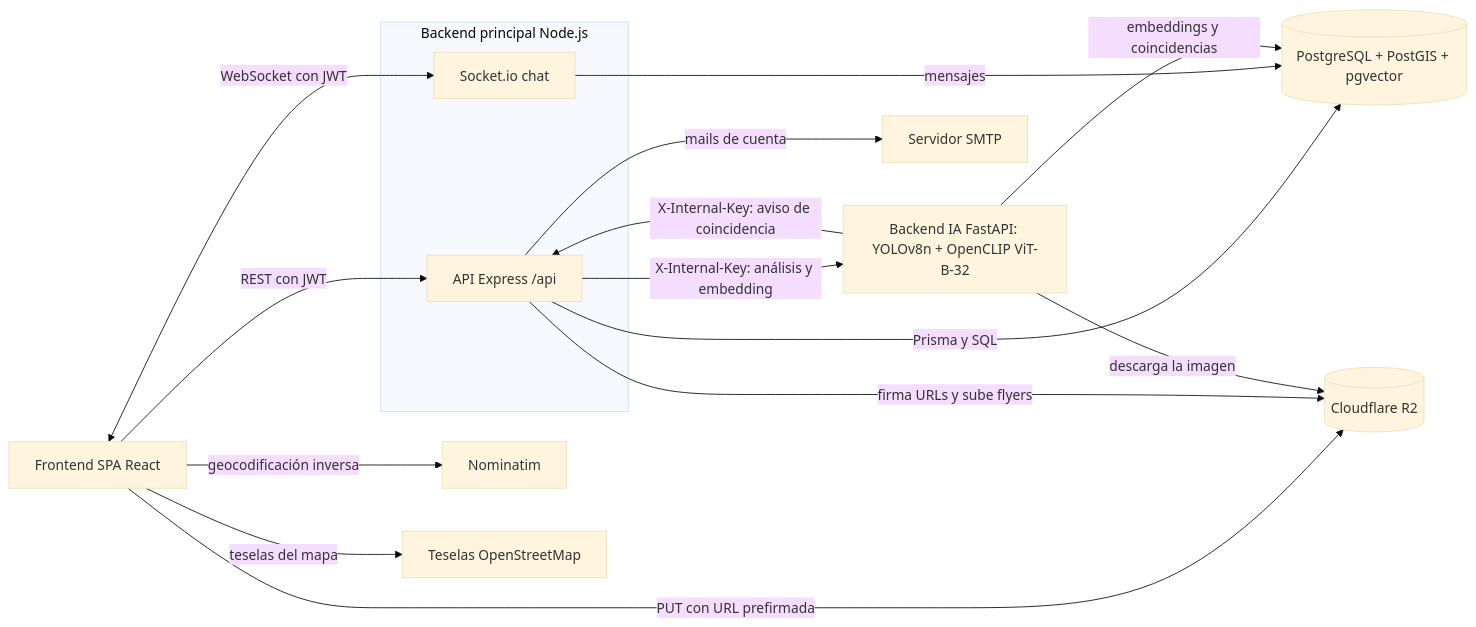
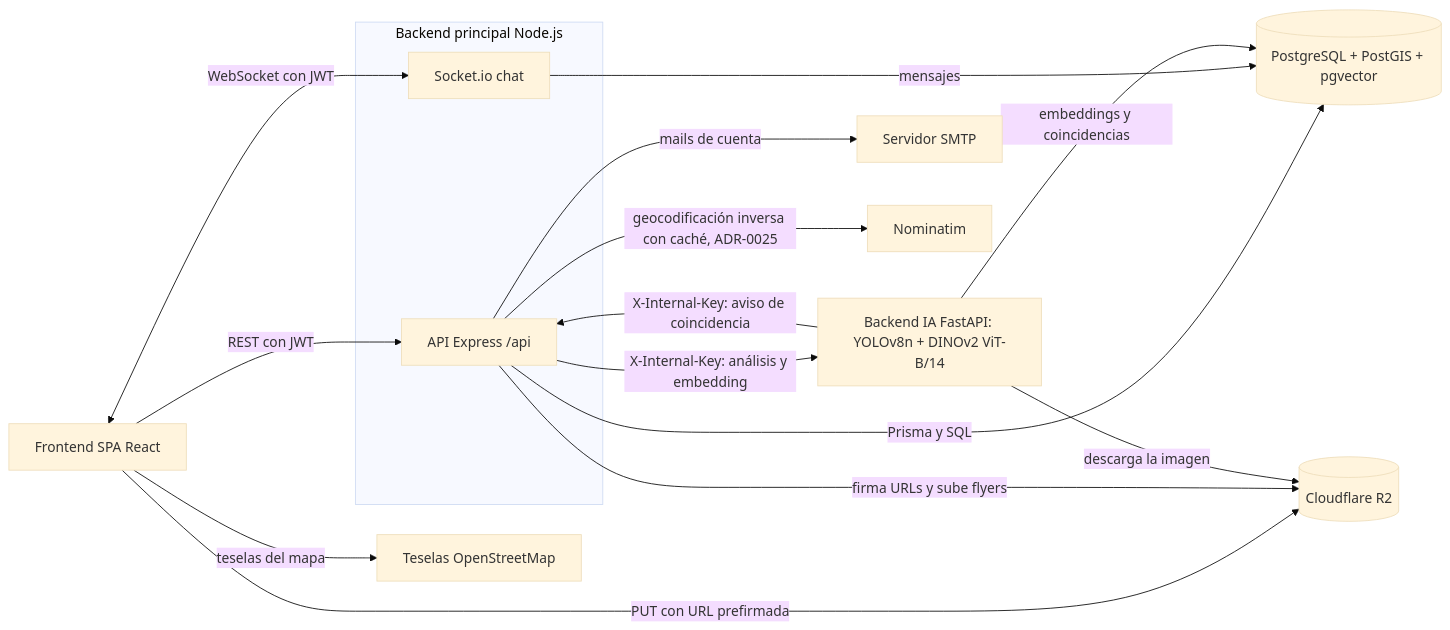
One commit to ISI-ProyectoFinal-2026/Grupo1 changed the first of 7 diagrams in docs/informe/1-2-2-2-historias-y-flujos.md. Above: the diagram before and after it, drawn with Mermaid (base theme). The commit also changed other lines of this file and 7 other files, not shown here.

````diff
--- a/docs/informe/1-2-2-2-historias-y-flujos.md
+++ b/docs/informe/1-2-2-2-historias-y-flujos.md
@@ -23,27 +23,27 @@
 ```mermaid
 flowchart LR
   SPA["Frontend SPA React"]
   subgraph BP["Backend principal Node.js"]
     API["API Express /api"]
     SIO["Socket.io chat"]
   end
   DB[("PostgreSQL + PostGIS + pgvector")]
   R2[("Cloudflare R2")]
-  IA["Backend IA FastAPI: YOLOv8n + OpenCLIP ViT-B-32"]
+  IA["Backend IA FastAPI: YOLOv8n + DINOv2 ViT-B/14"]
   SMTP["Servidor SMTP"]
   NOM["Nominatim"]
   OSM["Teselas OpenStreetMap"]
   SPA -->|"REST con JWT"| API
   SPA <-->|"WebSocket con JWT"| SIO
   SPA -->|"PUT con URL prefirmada"| R2
-  SPA -->|"geocodificación inversa"| NOM
   SPA -->|"teselas del mapa"| OSM
   API -->|"Prisma y SQL"| DB
   SIO -->|"mensajes"| DB
   API -->|"firma URLs y sube flyers"| R2
   API -->|"X-Internal-Key: análisis y embedding"| IA
   API -->|"mails de cuenta"| SMTP
+  API -->|"geocodificación inversa con caché, ADR-0025"| NOM
   IA -->|"descarga la imagen"| R2
   IA -->|"embeddings y coincidencias"| DB
   IA -->|"X-Internal-Key: aviso de coincidencia"| API
 ```
````
